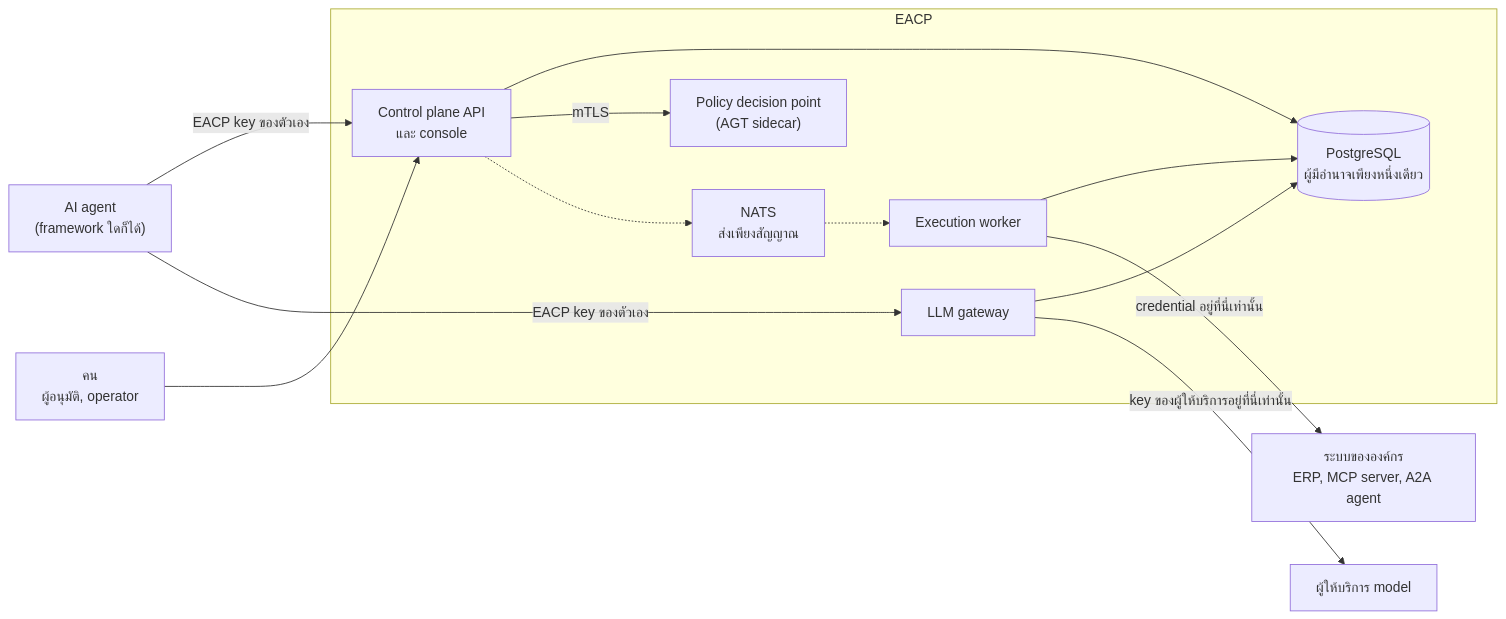
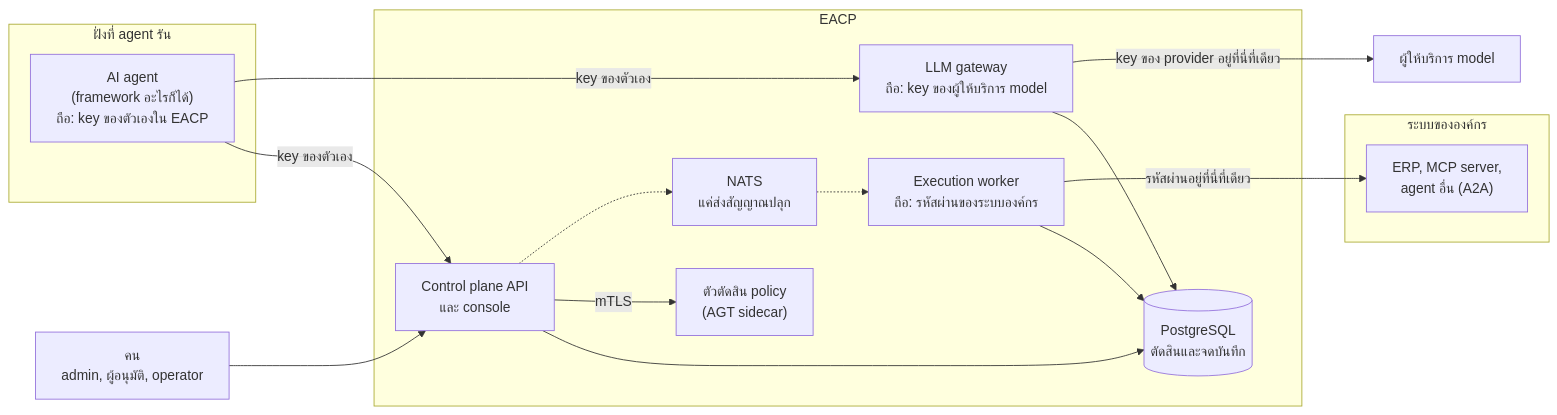
Before and after one commit to atipongsena/eacp: the second of 4 diagrams in README.th.md, drawn with Mermaid. The commit also changed other lines of this file and 7 other files, not shown here.

First line of the commit message:
docs: diagrams that explain the system, a natural Thai README, and a user guide

````diff
--- a/README.th.md
+++ b/README.th.md
@@ -49,26 +71,30 @@
 ```mermaid
 flowchart LR
-  agent["AI agent<br/>(framework ใดก็ได้)"]
-  people["คน<br/>ผู้อนุมัติ, operator"]
+  subgraph agents["ฝั่งที่ agent รัน"]
+    agent["AI agent<br/>(framework อะไรก็ได้)<br/>ถือ: key ของตัวเองใน EACP"]
+  end
+  people["คน<br/>admin, ผู้อนุมัติ, operator"]
   subgraph eacp["EACP"]
     api["Control plane API<br/>และ console"]
-    gateway["LLM gateway"]
-    worker["Execution worker"]
-    pg[("PostgreSQL<br/>ผู้มีอำนาจเพียงหนึ่งเดียว")]
-    pdp["Policy decision point<br/>(AGT sidecar)"]
-    nats["NATS<br/>ส่งเพียงสัญญาณ"]
+    gateway["LLM gateway<br/>ถือ: key ของผู้ให้บริการ model"]
+    pdp["ตัวตัดสิน policy<br/>(AGT sidecar)"]
+    pg[("PostgreSQL<br/>ตัดสินและจดบันทึก")]
+    worker["Execution worker<br/>ถือ: รหัสผ่านของระบบองค์กร"]
+    nats["NATS<br/>แค่ส่งสัญญาณปลุก"]
   end
-  erp["ระบบขององค์กร<br/>ERP, MCP server, A2A agent"]
+  subgraph systems["ระบบขององค์กร"]
+    erp["ERP, MCP server,<br/>agent อื่น (A2A)"]
+  end
   llm["ผู้ให้บริการ model"]
-  agent -->|"EACP key ของตัวเอง"| api
-  agent -->|"EACP key ของตัวเอง"| gateway
+  agent -->|"key ของตัวเอง"| api
+  agent -->|"key ของตัวเอง"| gateway
   people --> api
   api --> pg
   api -->|"mTLS"| pdp
   gateway --> pg
   worker --> pg
   api -.-> nats
   nats -.-> worker
-  worker -->|"credential อยู่ที่นี่เท่านั้น"| erp
-  gateway -->|"key ของผู้ให้บริการอยู่ที่นี่เท่านั้น"| llm
+  worker --->|"รหัสผ่านอยู่ที่นี่ที่เดียว"| erp
+  gateway --->|"key ของ provider อยู่ที่นี่ที่เดียว"| llm
 ```
````
